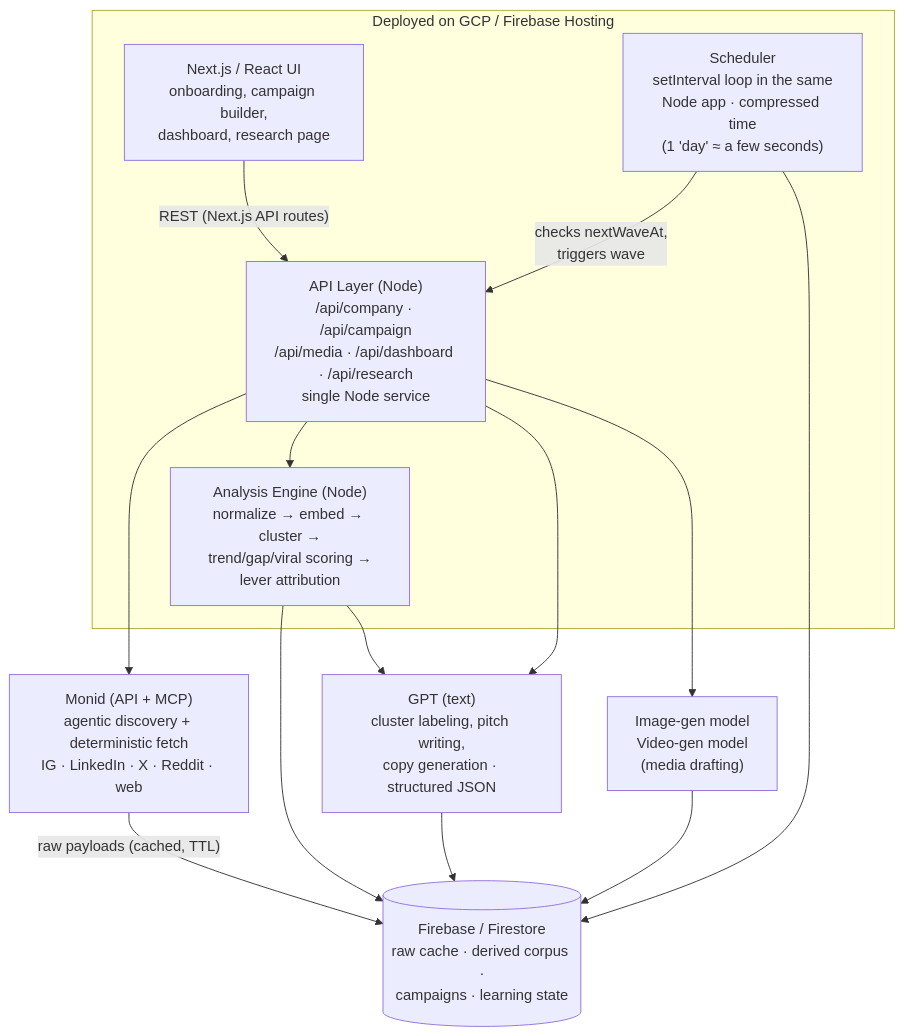
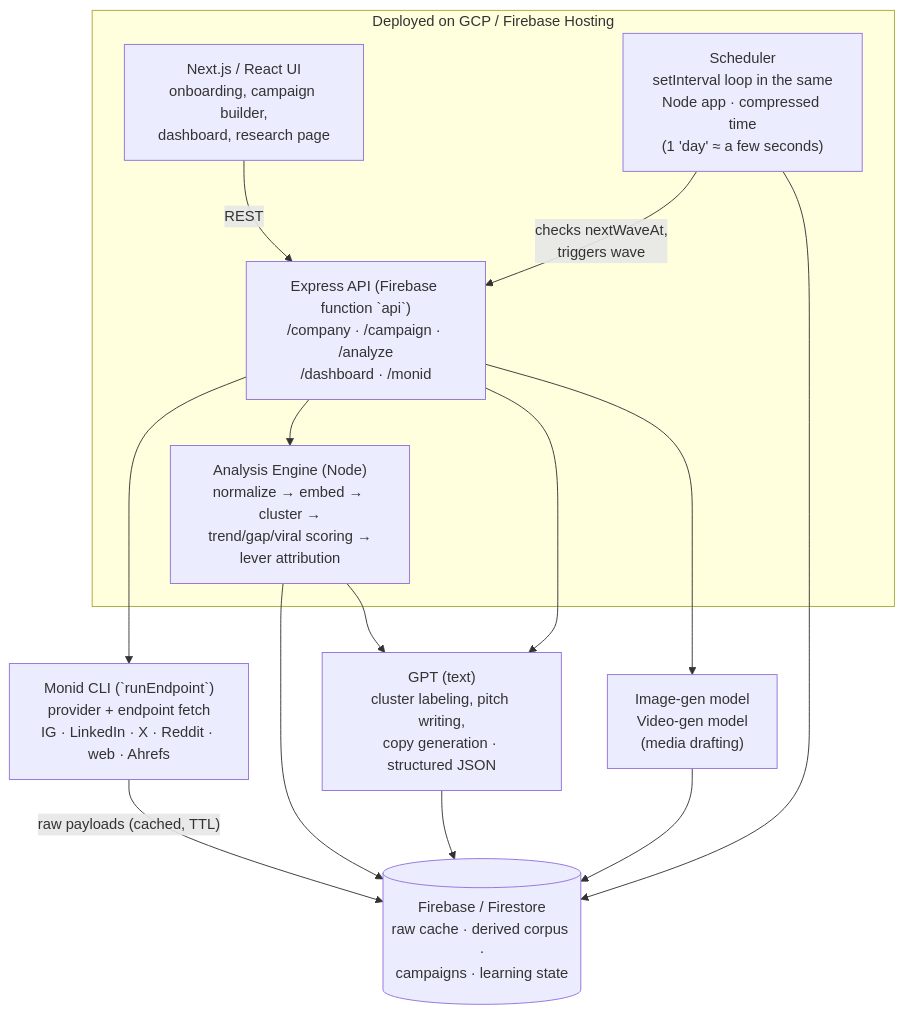
The diagram in README.md (Yurika-Kan/chatathon), drawn with Mermaid before and after one commit. The commit also changed other lines of this file, not shown here.

First line of the commit message:
Align README API with Express/Monid and drop MCP.

````diff
--- a/README.md
+++ b/README.md
@@ -72,35 +72,35 @@
 ```mermaid
 flowchart TB
     UI["Next.js / React UI<br/>onboarding, campaign builder,<br/>dashboard, research page"]
 
     Scheduler["Scheduler<br/>setInterval loop in the same<br/>Node app · compressed time<br/>(1 'day' ≈ a few seconds)"]
 
-    API["API Layer (Node)<br/>/api/company · /api/campaign<br/>/api/media · /api/dashboard · /api/research<br/>single Node service"]
+    API["Express API (Firebase function `api`)<br/>/company · /campaign · /analyze<br/>/dashboard · /monid"]
 
-    Monid["Monid (API + MCP)<br/>agentic discovery + deterministic fetch<br/>IG · LinkedIn · X · Reddit · web"]
+    Monid["Monid CLI (`runEndpoint`)<br/>provider + endpoint fetch<br/>IG · LinkedIn · X · Reddit · web · Ahrefs"]
     GPT["GPT (text)<br/>cluster labeling, pitch writing,<br/>copy generation · structured JSON"]
     Media["Image-gen model<br/>Video-gen model<br/>(media drafting)"]
     Analysis["Analysis Engine (Node)<br/>normalize → embed → cluster →<br/>trend/gap/viral scoring →<br/>lever attribution"]
 
     DB[("Firebase / Firestore<br/>raw cache · derived corpus ·<br/>campaigns · learning state")]
 
-    UI -- "REST (Next.js API routes)" --> API
+    UI -- "REST" --> API
     Scheduler -- "checks nextWaveAt,<br/>triggers wave" --> API
     API --> Monid
     API --> Analysis
     Analysis --> GPT
     API --> GPT
     API --> Media
     Monid -- "raw payloads (cached, TTL)" --> DB
     Analysis --> DB
     GPT --> DB
     Media --> DB
     Scheduler --> DB
 
     subgraph Deploy["Deployed on GCP / Firebase Hosting"]
         UI
         API
         Analysis
         Scheduler
     end
 ```
````
